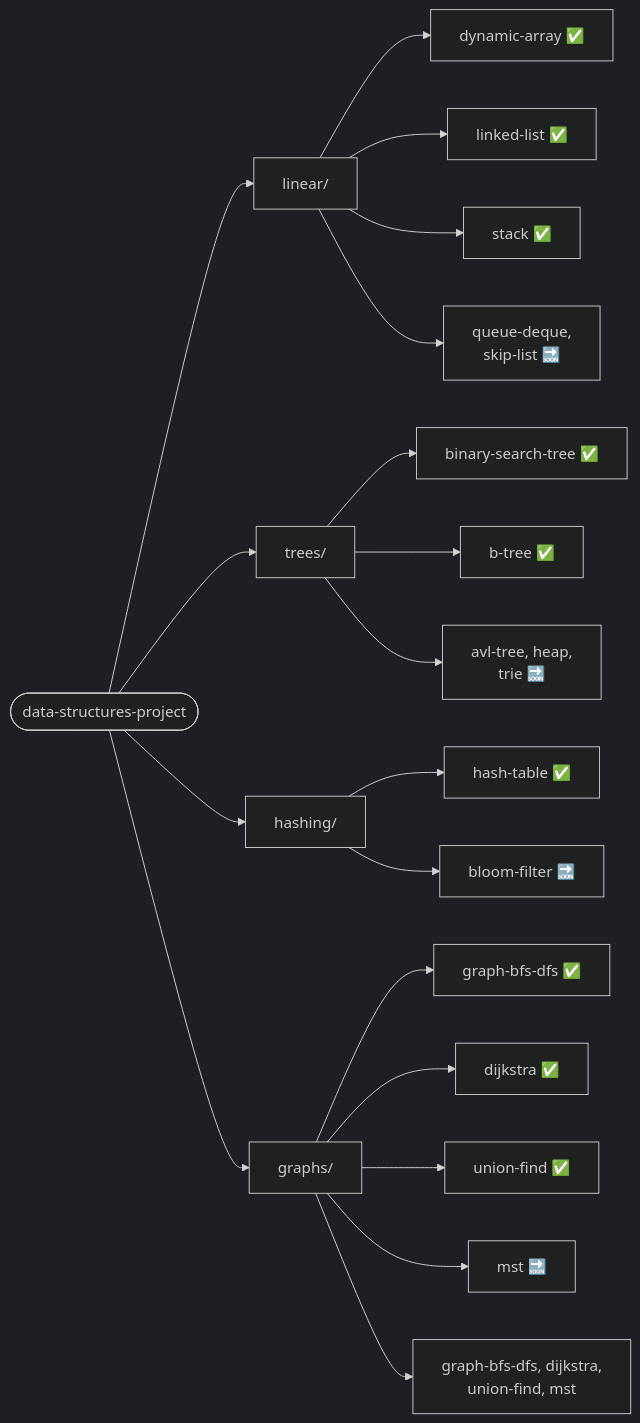
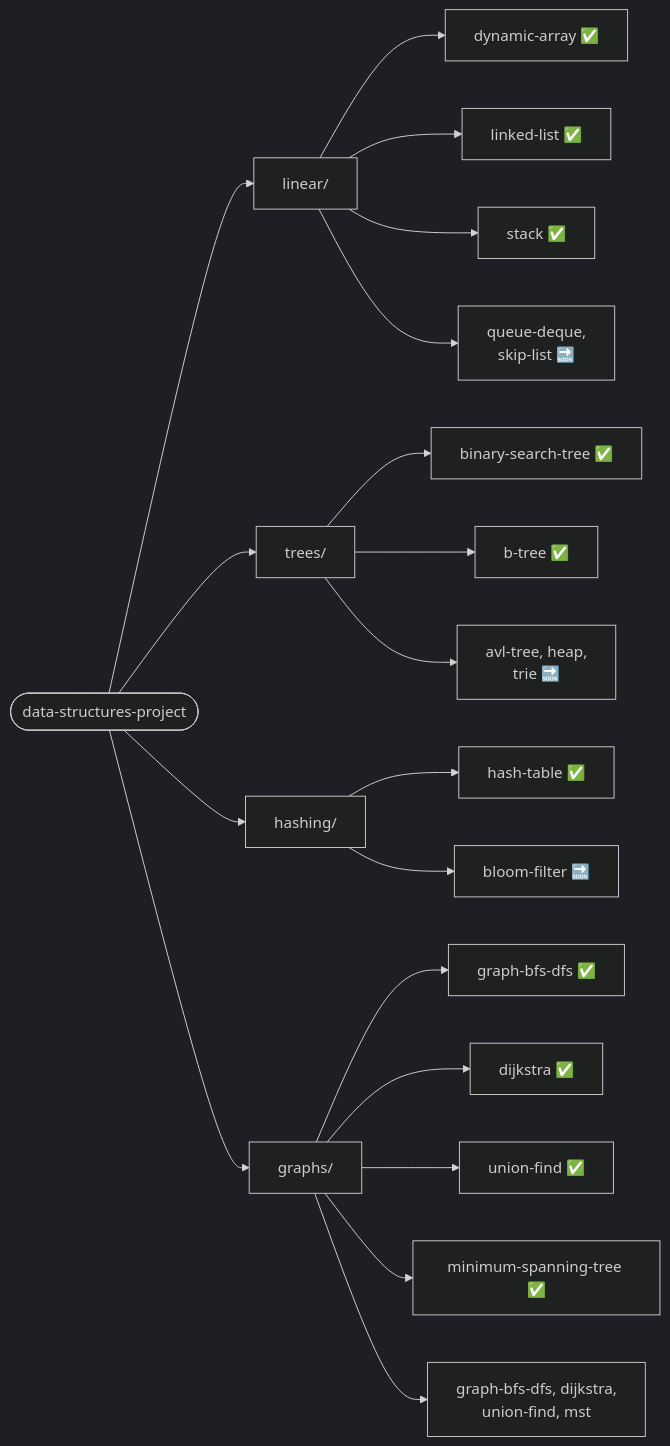
The diagram in README.md (leon-lourenco/data-structures-project), drawn with Mermaid (dark theme) before and after one commit. The commit also changed other lines of this file and 10 other files, not shown here.

First line of the commit message:
Add Minimum Spanning Tree module: cell-tower backhaul planning

````diff
--- a/README.md
+++ b/README.md
@@ -62,21 +62,21 @@
 ```mermaid
 flowchart LR
     Root(["data-structures-project"]) --> Linear["linear/"]
     Root --> Trees["trees/"]
     Root --> Hashing["hashing/"]
     Root --> Graphs["graphs/"]
     Linear --> DynamicArray["dynamic-array ✅"]
     Linear --> LinkedList["linked-list ✅"]
     Linear --> StackMod["stack ✅"]
     Linear --> LinearRest["queue-deque,\nskip-list 🔜"]
     Trees --> BST["binary-search-tree ✅"]
     Trees --> BTree["b-tree ✅"]
     Trees --> TreesRest["avl-tree, heap,\ntrie 🔜"]
     Hashing --> HashTable["hash-table ✅"]
     Hashing --> HashingRest["bloom-filter 🔜"]
     Graphs --> GraphBfsDfs["graph-bfs-dfs ✅"]
     Graphs --> Dijkstra["dijkstra ✅"]
     Graphs --> UnionFind["union-find ✅"]
-    Graphs --> GraphsRest["mst 🔜"]
+    Graphs --> Mst["minimum-spanning-tree ✅"]
     Graphs --> GraphsMods["graph-bfs-dfs, dijkstra,\nunion-find, mst"]
 ```
````
